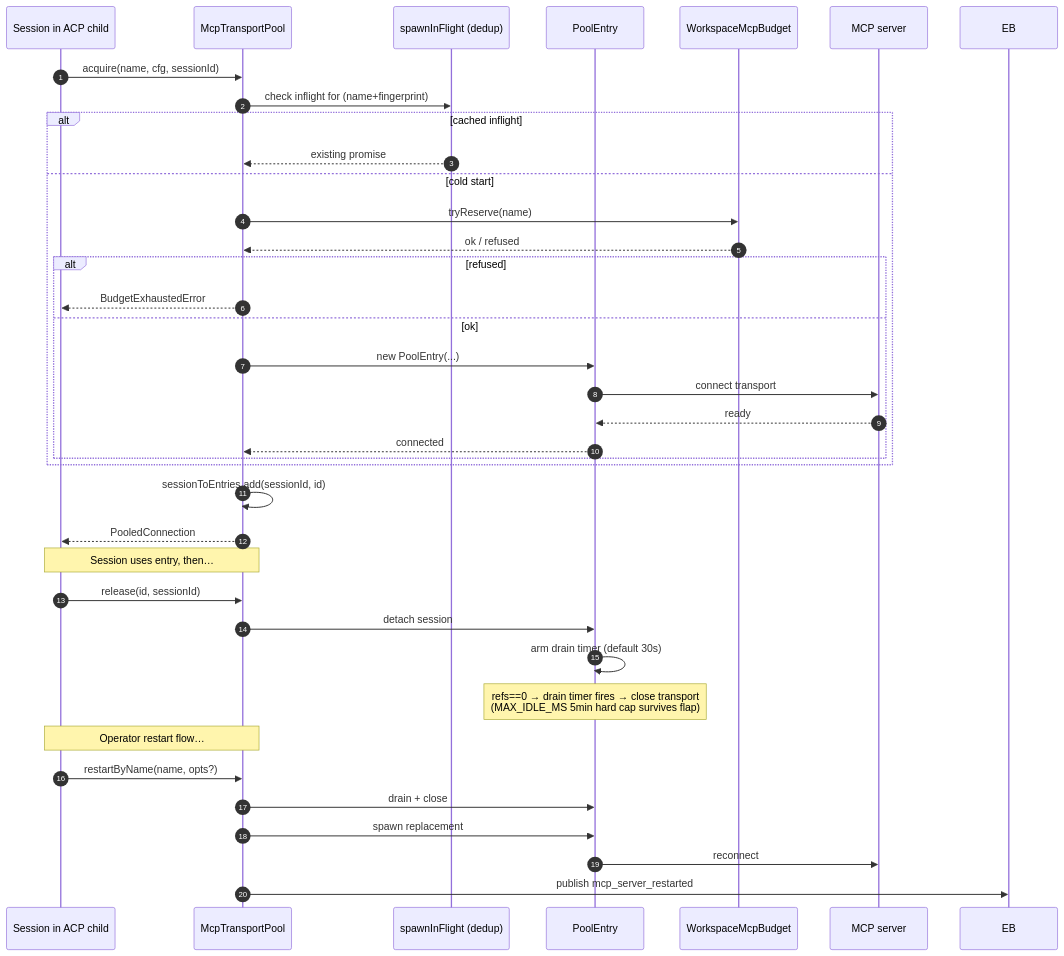
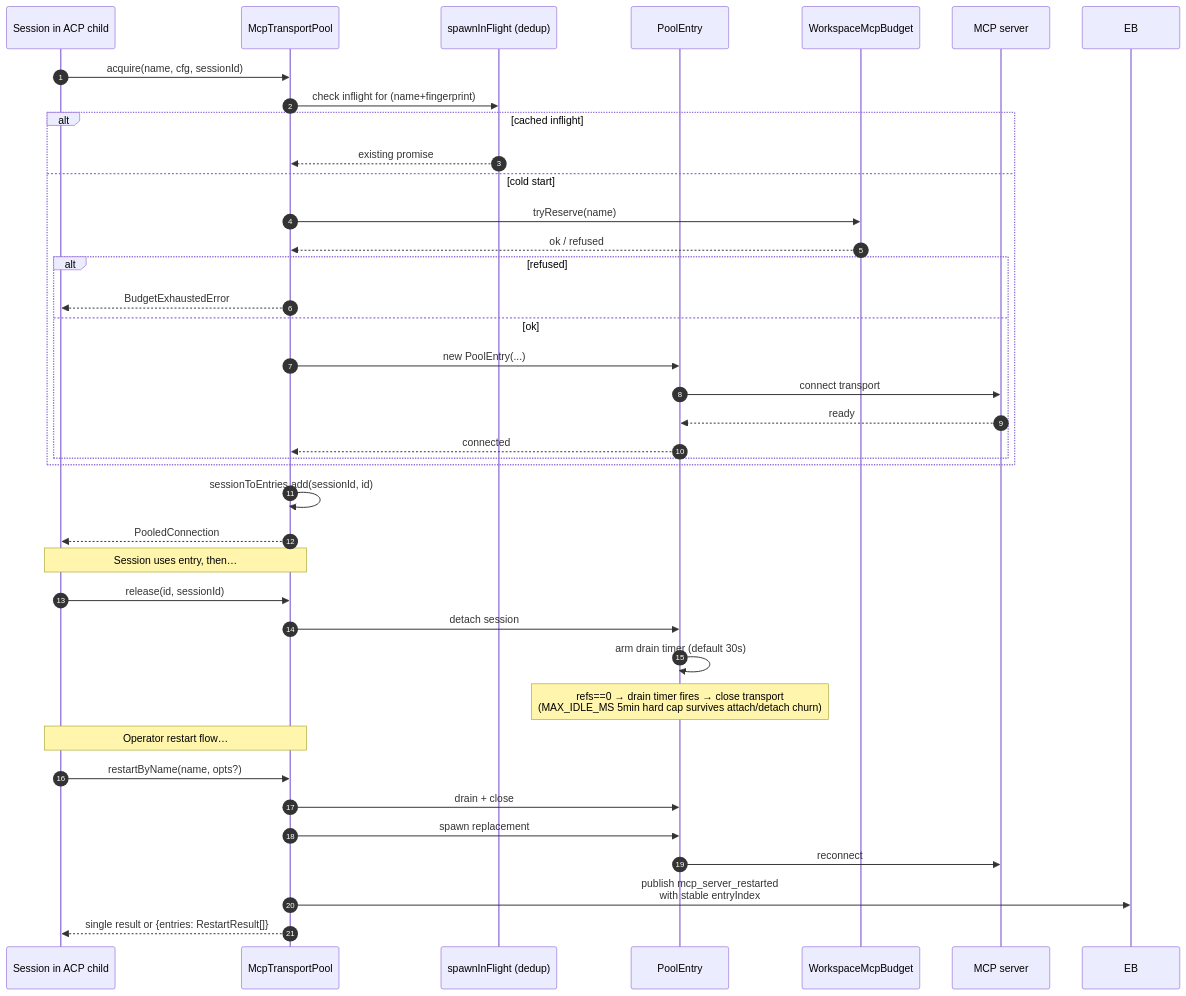
Before and after one commit to QwenLM/qwen-code: the sixth of 7 diagrams in docs/developers/daemon/01-architecture.md, drawn with Mermaid. The commit also changed other lines of this file and 25 other files, not shown here.

````diff
--- a/docs/developers/daemon/01-architecture.md
+++ b/docs/developers/daemon/01-architecture.md
@@ -266,43 +247,44 @@
 ```mermaid
 sequenceDiagram
     autonumber
     participant S as Session in ACP child
     participant P as McpTransportPool
     participant SIF as spawnInFlight (dedup)
     participant E as PoolEntry
     participant BDG as WorkspaceMcpBudget
     participant SRV as MCP server
 
     S->>P: acquire(name, cfg, sessionId)
     P->>SIF: check inflight for (name+fingerprint)
     alt cached inflight
         SIF-->>P: existing promise
     else cold start
         P->>BDG: tryReserve(name)
         BDG-->>P: ok / refused
         alt refused
             P-->>S: BudgetExhaustedError
         else ok
             P->>E: new PoolEntry(...)
             E->>SRV: connect transport
             SRV-->>E: ready
             E-->>P: connected
         end
     end
     P->>P: sessionToEntries.add(sessionId, id)
     P-->>S: PooledConnection
 
     Note over S,P: Session uses entry, then…
 
     S->>P: release(id, sessionId)
     P->>E: detach session
     E->>E: arm drain timer (default 30s)
-    Note over E: refs==0 → drain timer fires → close transport<br/>(MAX_IDLE_MS 5min hard cap survives flap)
+    Note over E: refs==0 → drain timer fires → close transport<br/>(MAX_IDLE_MS 5min hard cap survives attach/detach churn)
 
     Note over S,P: Operator restart flow…
     S->>P: restartByName(name, opts?)
     P->>E: drain + close
     P->>E: spawn replacement
     E->>SRV: reconnect
-    P->>EB: publish mcp_server_restarted
+    P->>EB: publish mcp_server_restarted<br/>with stable entryIndex
+    P-->>S: single result or {entries: RestartResult[]}
 ```
````
